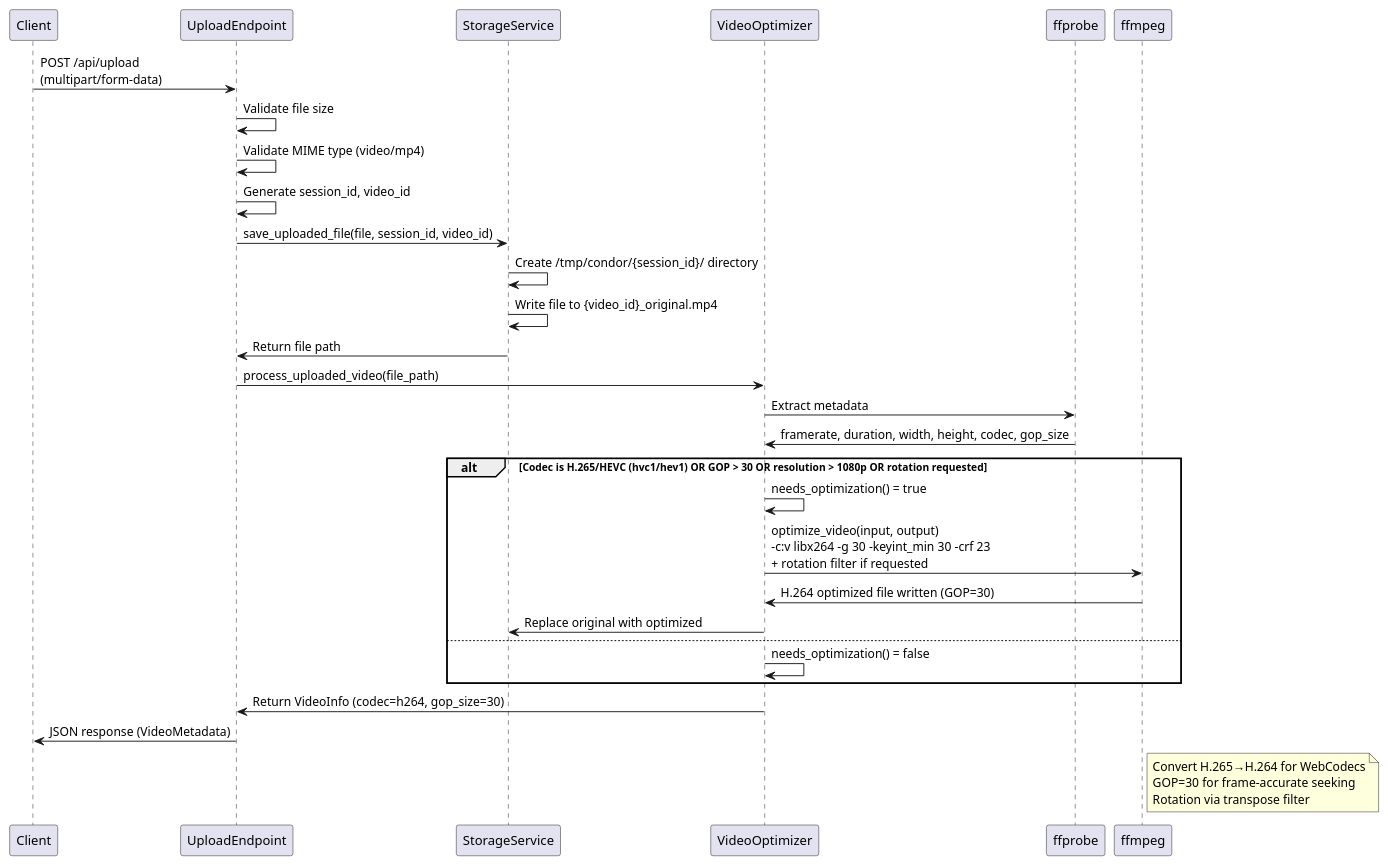
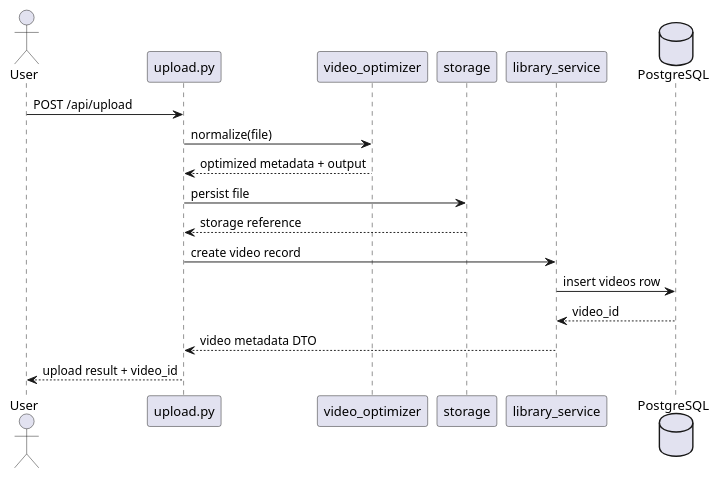
Before and after one commit to timwalsh41/condor: the second of 4 diagrams in docs/BACKEND_DESIGN.md, drawn with PlantUML. The commit also changed other lines of this file and 5 other files, not shown here.

````diff
--- a/docs/BACKEND_DESIGN.md
+++ b/docs/BACKEND_DESIGN.md
@@ -365,39 +113,21 @@
 ```plantuml
 @startuml
-participant "Client" as client
-participant "UploadEndpoint" as upload
-participant "StorageService" as storage
-participant "VideoOptimizer" as optimizer
-participant "ffprobe" as ffprobe
-participant "ffmpeg" as ffmpeg
+actor User
+participant "upload.py" as upload
+participant "video_optimizer" as optimizer
+participant "storage" as storage
+participant "library_service" as library
+database "PostgreSQL" as db
 
-client -> upload: POST /api/upload\n(multipart/form-data)
-upload -> upload: Validate file size
-upload -> upload: Validate MIME type (video/mp4)
-upload -> upload: Generate session_id, video_id
-
-upload -> storage: save_uploaded_file(file, session_id, video_id)
-storage -> storage: Create /tmp/condor/{session_id}/ directory
-storage -> storage: Write file to {video_id}_original.mp4
-storage -> upload: Return file path
-
-upload -> optimizer: process_uploaded_video(file_path)
-optimizer -> ffprobe: Extract metadata
-ffprobe -> optimizer: framerate, duration, width, height, codec, gop_size
-
-alt Codec is H.265/HEVC (hvc1/hev1) OR GOP > 30 OR resolution > 1080p OR rotation requested
-  optimizer -> optimizer: needs_optimization() = true
-  optimizer -> ffmpeg: optimize_video(input, output)\n-c:v libx264 -g 30 -keyint_min 30 -crf 23\n+ rotation filter if requested
-  ffmpeg -> optimizer: H.264 optimized file written (GOP=30)
-  optimizer -> storage: Replace original with optimized
-else
-  optimizer -> optimizer: needs_optimization() = false
-end
-
-optimizer -> upload: Return VideoInfo (codec=h264, gop_size=30)
-upload -> client: JSON response (VideoMetadata)
-
-note right of ffmpeg: Convert H.265→H.264 for WebCodecs\nGOP=30 for frame-accurate seeking\nRotation via transpose filter
-
+User -> upload: POST /api/upload
+upload -> optimizer: normalize(file)
+optimizer --> upload: optimized metadata + output
+upload -> storage: persist file
+storage --> upload: storage reference
+upload -> library: create video record
+library -> db: insert videos row
+db --> library: video_id
+library --> upload: video metadata DTO
+upload --> User: upload result + video_id
 @enduml
 ```
````
